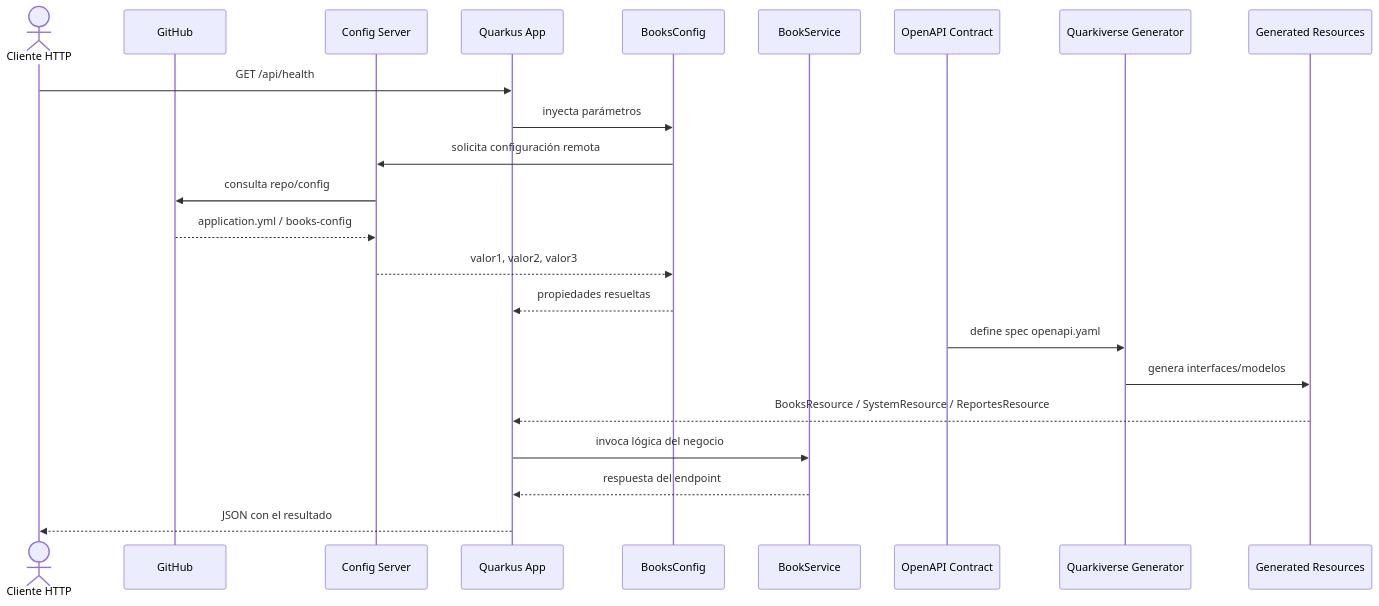
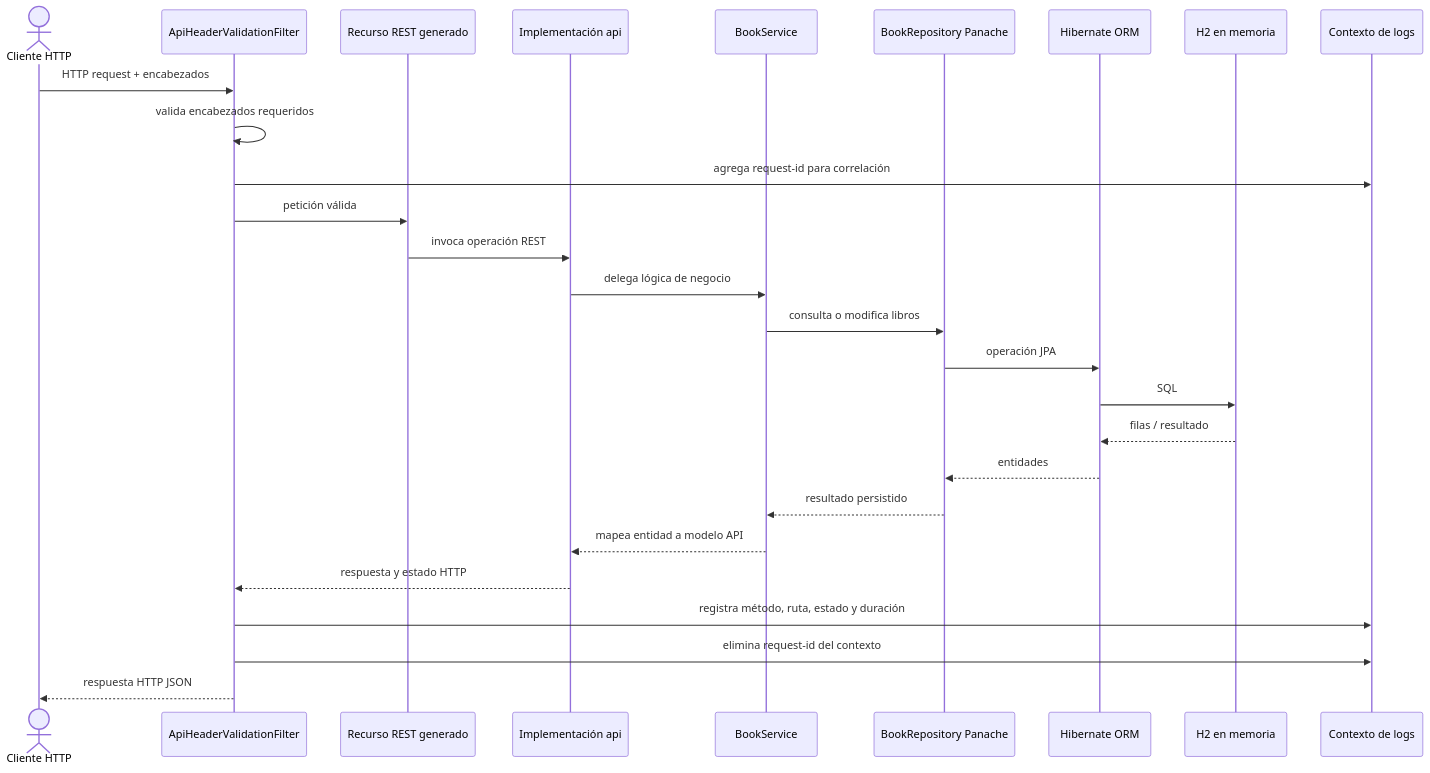
Before and after one commit to rubensq74/app-server-quarkus: the diagram in app-server-quarkus/docs/architecture-flow-sequence.md, drawn with Mermaid. The commit also changed other lines of this file and 19 other files, not shown here.

Commit message:
base de datos con parametros en  local y desde config-server

````diff
--- a/app-server-quarkus/docs/architecture-flow-sequence.md
+++ b/app-server-quarkus/docs/architecture-flow-sequence.md
@@ -3,28 +3,30 @@
 ```mermaid
 sequenceDiagram
     actor Client as Cliente HTTP
-    participant GitHub as GitHub
-    participant Config as Config Server
-    participant QApp as Quarkus App
-    participant BooksConfig as BooksConfig
-    participant BookService as BookService
-    participant OpenAPI as OpenAPI Contract
-    participant Generator as Quarkiverse Generator
-    participant Resources as Generated Resources
+    participant Filter as ApiHeaderValidationFilter
+    participant Resource as Recurso REST generado
+    participant Impl as Implementación api
+    participant Service as BookService
+    participant Repository as BookRepository Panache
+    participant ORM as Hibernate ORM
+    participant DB as H2 en memoria
+    participant MDC as Contexto de logs
 
-    Client->>QApp: GET /api/health
-    QApp->>BooksConfig: inyecta parámetros
-    BooksConfig->>Config: solicita configuración remota
-    Config->>GitHub: consulta repo/config
-    GitHub-->>Config: application.yml / books-config
-    Config-->>BooksConfig: valor1, valor2, valor3
-    BooksConfig-->>QApp: propiedades resueltas
-
-    OpenAPI->>Generator: define spec openapi.yaml
-    Generator->>Resources: genera interfaces/modelos
-    Resources-->>QApp: BooksResource / SystemResource / ReportesResource
-
-    QApp->>BookService: invoca lógica del negocio
-    BookService-->>QApp: respuesta del endpoint
-    QApp-->>Client: JSON con el resultado
+    Client->>Filter: HTTP request + encabezados
+    Filter->>Filter: valida encabezados requeridos
+    Filter->>MDC: agrega request-id para correlación
+    Filter->>Resource: petición válida
+    Resource->>Impl: invoca operación REST
+    Impl->>Service: delega lógica de negocio
+    Service->>Repository: consulta o modifica libros
+    Repository->>ORM: operación JPA
+    ORM->>DB: SQL
+    DB-->>ORM: filas / resultado
+    ORM-->>Repository: entidades
+    Repository-->>Service: resultado persistido
+    Service-->>Impl: mapea entidad a modelo API
+    Impl-->>Filter: respuesta y estado HTTP
+    Filter->>MDC: registra método, ruta, estado y duración
+    Filter->>MDC: elimina request-id del contexto
+    Filter-->>Client: respuesta HTTP JSON
 ```
````
